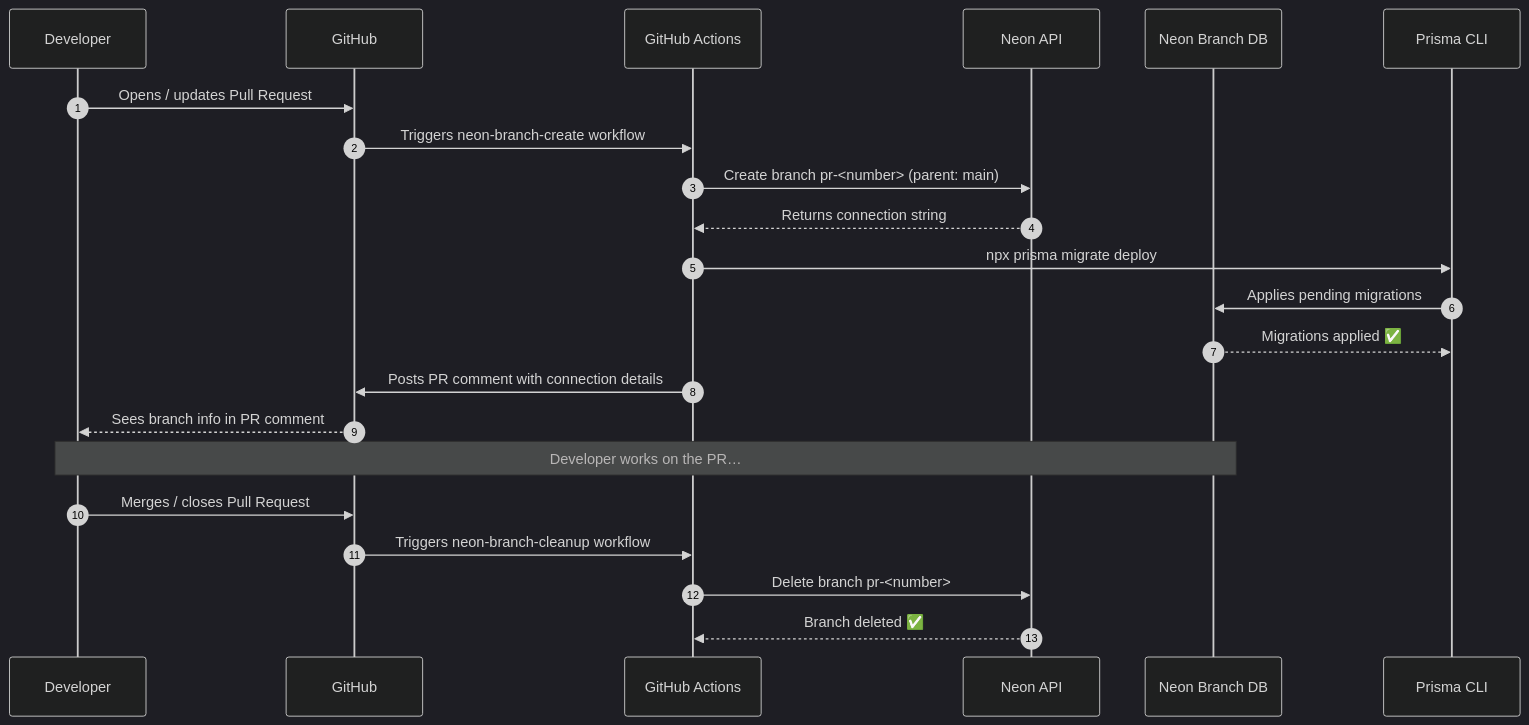
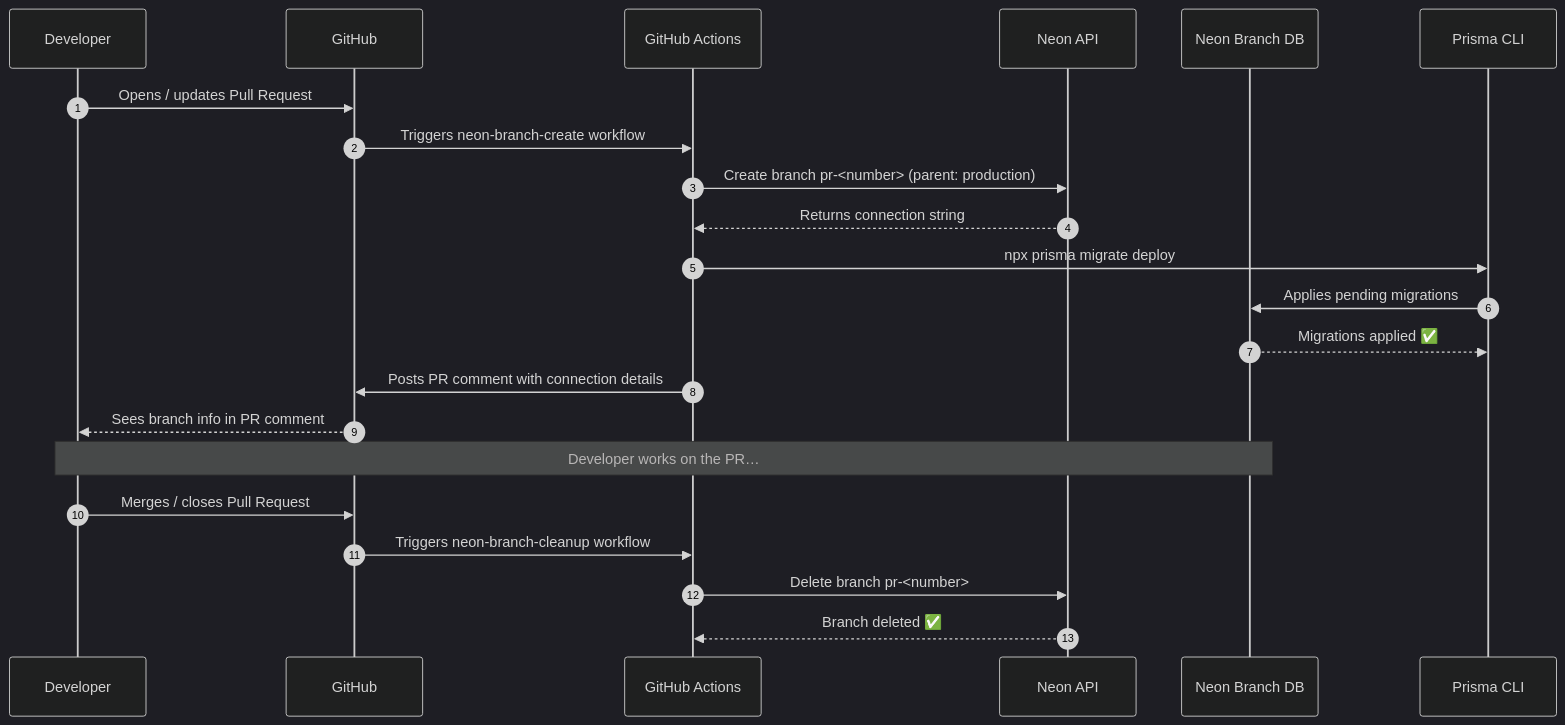
One commit to jaypatrick/adblock-compiler changed the first of 2 diagrams in docs/database-setup/neon-branching.md. Above: the diagram before and after it, drawn with Mermaid (dark theme). The commit also changed other lines of this file and 7 other files, not shown here.

First line of the commit message:
fix: correct Neon db name to adblock-compiler, parent branch to production, add P3009 recovery and cheat sheet

````diff
--- a/docs/database-setup/neon-branching.md
+++ b/docs/database-setup/neon-branching.md
@@ -19,27 +19,27 @@
 ```mermaid
 sequenceDiagram
     autonumber
     participant Dev as Developer
     participant GH as GitHub
     participant GA as GitHub Actions
     participant Neon as Neon API
     participant DB as Neon Branch DB
     participant Prisma as Prisma CLI
 
     Dev->>GH: Opens / updates Pull Request
     GH->>GA: Triggers neon-branch-create workflow
-    GA->>Neon: Create branch pr-<number> (parent: main)
+    GA->>Neon: Create branch pr-<number> (parent: production)
     Neon-->>GA: Returns connection string
     GA->>Prisma: npx prisma migrate deploy
     Prisma->>DB: Applies pending migrations
     DB-->>Prisma: Migrations applied ✅
     GA->>GH: Posts PR comment with connection details
     GH-->>Dev: Sees branch info in PR comment
 
     Note over Dev,DB: Developer works on the PR…
 
     Dev->>GH: Merges / closes Pull Request
     GH->>GA: Triggers neon-branch-cleanup workflow
     GA->>Neon: Delete branch pr-<number>
     Neon-->>GA: Branch deleted ✅
 ```
````
